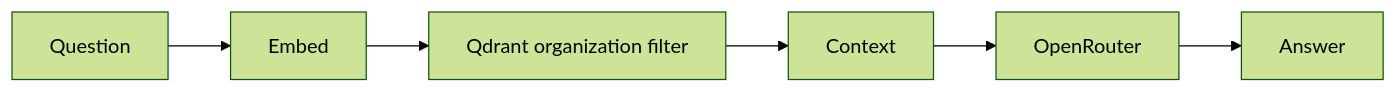
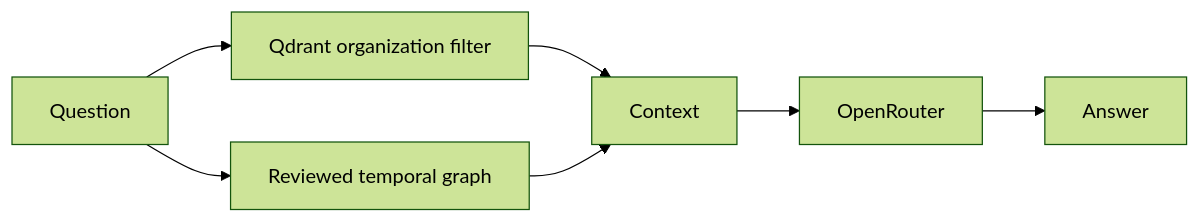
The third of 4 diagrams in docs/PROJECT_STATUS_SEPT_2026.md (Kartikye2810-git/sentineth-product-codebase), drawn with Mermaid (forest theme) before and after one commit. The commit also changed other lines of this file and 35 other files, not shown here.

First line of the commit message:
Phase 4: reviewed temporal company knowledge (#8)

````diff
--- a/docs/PROJECT_STATUS_SEPT_2026.md
+++ b/docs/PROJECT_STATUS_SEPT_2026.md
@@ -91,4 +103,8 @@
 ```mermaid
 flowchart LR
- Question --> Embed --> FilteredSearch[Qdrant organization filter] --> Context --> OpenRouter --> Answer
+ Question --> Vector[Qdrant organization filter]
+ Question --> Graph[Reviewed temporal graph]
+ Vector --> Context
+ Graph --> Context
+ Context --> OpenRouter --> Answer
 ```
````
